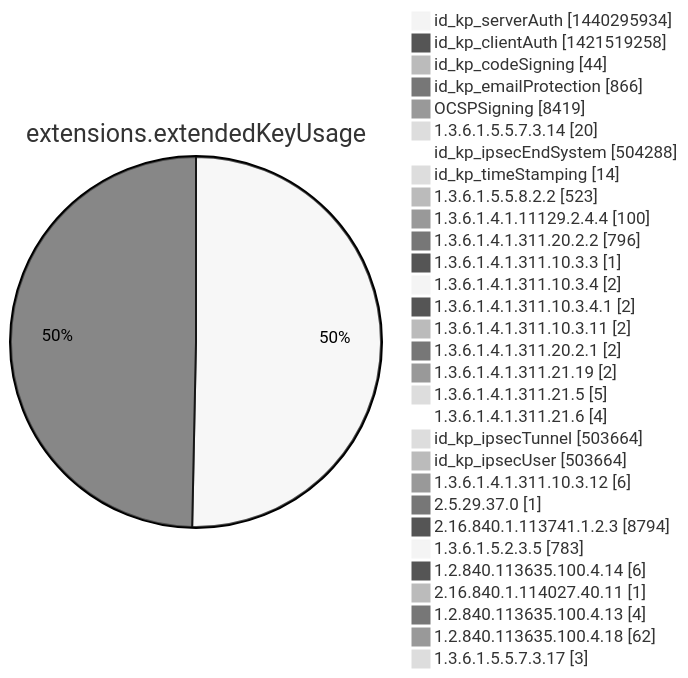
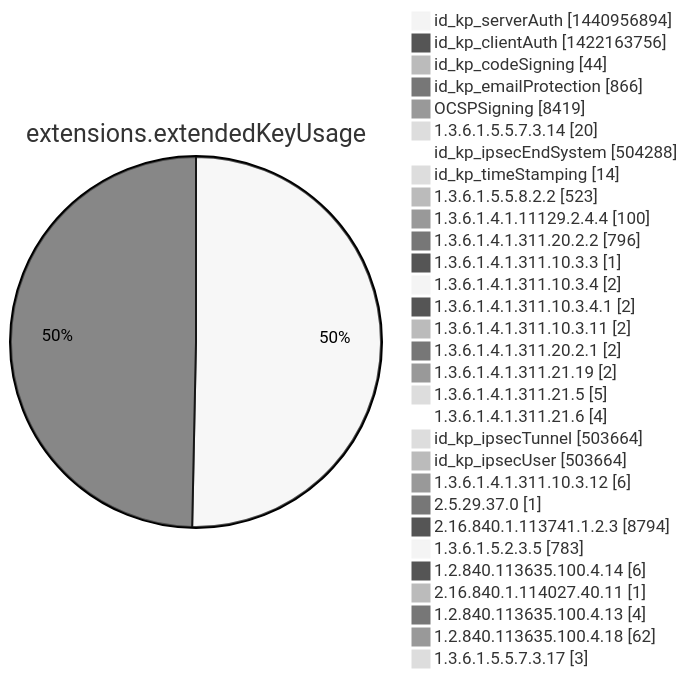
Before and after one commit to christiankrug/ctmonitor_visualization: diagram 12 of 15 in argon2022/README.md, drawn with Mermaid (neutral theme). The commit also changed other lines of this file, not shown here.

````diff
--- a/argon2022/README.md
+++ b/argon2022/README.md
@@ -3555,34 +3555,34 @@
 ```mermaid
 pie showData
 title extensions.extendedKeyUsage
-"id_kp_serverAuth" :1440295934
-"id_kp_clientAuth" :1421519258
+"id_kp_serverAuth" :1440956894
+"id_kp_clientAuth" :1422163756
 "id_kp_codeSigning" :44
 "id_kp_emailProtection" :866
 "OCSPSigning" :8419
 "1.3.6.1.5.5.7.3.14" :20
 "id_kp_ipsecEndSystem" :504288
 "id_kp_timeStamping" :14
 "1.3.6.1.5.5.8.2.2" :523
 "1.3.6.1.4.1.11129.2.4.4" :100
 "1.3.6.1.4.1.311.20.2.2" :796
 "1.3.6.1.4.1.311.10.3.3" :1
 "1.3.6.1.4.1.311.10.3.4" :2
 "1.3.6.1.4.1.311.10.3.4.1" :2
 "1.3.6.1.4.1.311.10.3.11" :2
 "1.3.6.1.4.1.311.20.2.1" :2
 "1.3.6.1.4.1.311.21.19" :2
 "1.3.6.1.4.1.311.21.5" :5
 "1.3.6.1.4.1.311.21.6" :4
 "id_kp_ipsecTunnel" :503664
 "id_kp_ipsecUser" :503664
 "1.3.6.1.4.1.311.10.3.12" :6
 "2.5.29.37.0" :1
 "2.16.840.1.113741.1.2.3" :8794
 "1.3.6.1.5.2.3.5" :783
 "1.2.840.113635.100.4.14" :6
 "2.16.840.1.114027.40.11" :1
 "1.2.840.113635.100.4.13" :4
 "1.2.840.113635.100.4.18" :62
 "1.3.6.1.5.5.7.3.17" :3
 ```
````
